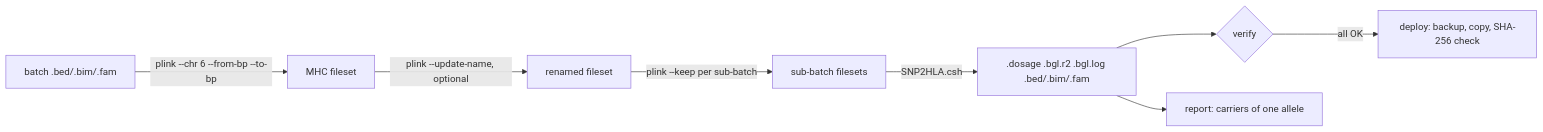
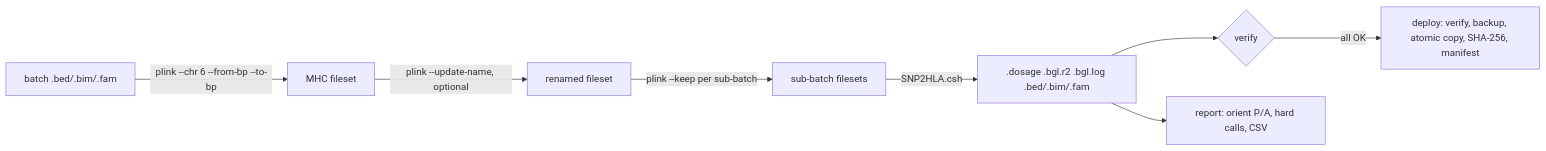
Before and after one commit to dsugurtuna/hla-pipeline-manager: the diagram in README.md, drawn with Mermaid. The commit also changed other lines of this file and 16 other files, not shown here.

````diff
--- a/README.md
+++ b/README.md
@@ -59,10 +68,10 @@
 ```mermaid
 flowchart LR
     A[batch .bed/.bim/.fam] -->|plink --chr 6 --from-bp --to-bp| B[MHC fileset]
     B -->|plink --update-name, optional| C[renamed fileset]
     C -->|plink --keep per sub-batch| D[sub-batch filesets]
     D -->|SNP2HLA.csh| E[.dosage .bgl.r2 .bgl.log .bed/.bim/.fam]
     E --> F{verify}
-    F -->|all OK| G[deploy: backup, copy, SHA-256 check]
-    E --> H[report: carriers of one allele]
+    F -->|all OK| G[deploy: verify, backup, atomic copy, SHA-256, manifest]
+    E --> H[report: orient P/A, hard calls, CSV]
 ```
````
